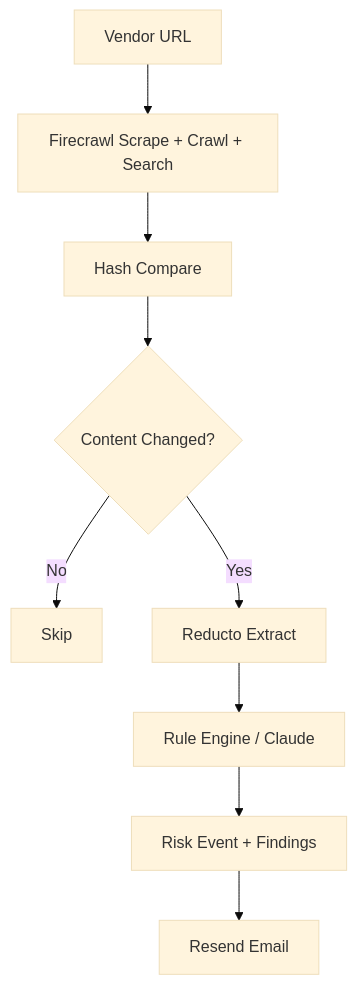
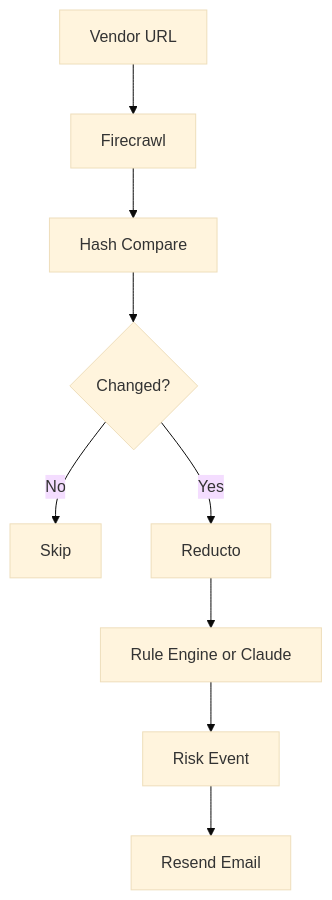
The first of 2 diagrams in README.md (Jaiman-Pandya/vendorwatch), drawn with Mermaid (base theme) before and after one commit. The commit also changed other lines of this file, not shown here.

Commit message:
further changes to README

````diff
--- a/README.md
+++ b/README.md
@@ -100,11 +100,11 @@
 ```mermaid
 flowchart TB
-    A[Vendor URL] --> B[Firecrawl Scrape + Crawl + Search]
+    A[Vendor URL] --> B[Firecrawl]
     B --> C[Hash Compare]
-    C --> D{Content Changed?}
+    C --> D{Changed?}
     D -->|No| E[Skip]
-    D -->|Yes| F[Reducto Extract]
-    F --> G[Rule Engine / Claude]
-    G --> H[Risk Event + Findings]
+    D -->|Yes| F[Reducto]
+    F --> G[Rule Engine or Claude]
+    G --> H[Risk Event]
     H --> I[Resend Email]
 ```
````
